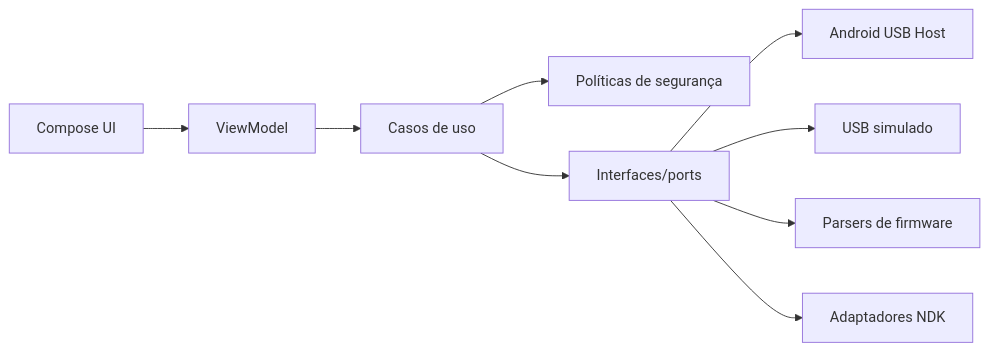
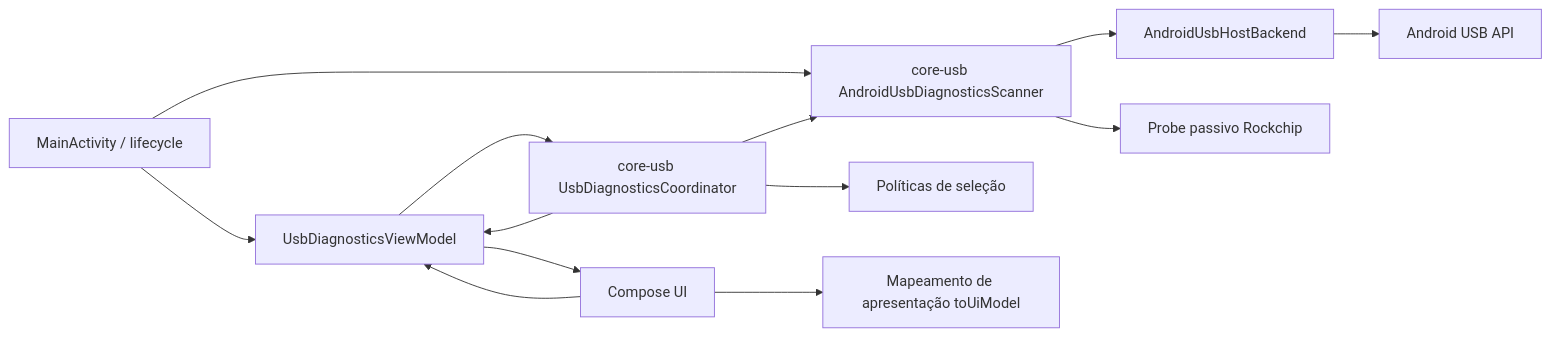
One commit to itayson/Rockservice-mobile changed the first of 5 diagrams in docs/ARCHITECTURE.md. Above: the diagram before and after it, drawn with Mermaid. The commit also changed other lines of this file and 6 other files, not shown here.

First line of the commit message:
refactor(app): move USB diagnostics state to ViewModel

````diff
--- a/docs/ARCHITECTURE.md
+++ b/docs/ARCHITECTURE.md
@@ -13,11 +20,15 @@
 ```mermaid
 flowchart LR
-  UI[Compose UI] --> VM[ViewModel]
-  VM --> UC[Casos de uso]
-  UC --> POL[Políticas de segurança]
-  UC --> PORT[Interfaces/ports]
-  PORT --> USB[Android USB Host]
-  PORT --> SIM[USB simulado]
-  PORT --> FW[Parsers de firmware]
-  PORT --> NDK[Adaptadores NDK]
+  A[MainActivity / lifecycle] --> VM[UsbDiagnosticsViewModel]
+  A --> SCAN[core-usb AndroidUsbDiagnosticsScanner]
+  UI[Compose UI] --> VM
+  VM --> COORD[core-usb UsbDiagnosticsCoordinator]
+  COORD --> SCAN
+  COORD --> POL[Políticas de seleção]
+  SCAN --> USB[AndroidUsbHostBackend]
+  SCAN --> PROBE[Probe passivo Rockchip]
+  USB --> API[Android USB API]
+  COORD --> VM
+  VM --> UI
+  UI --> MAP[Mapeamento de apresentação toUiModel]
 ```
````
